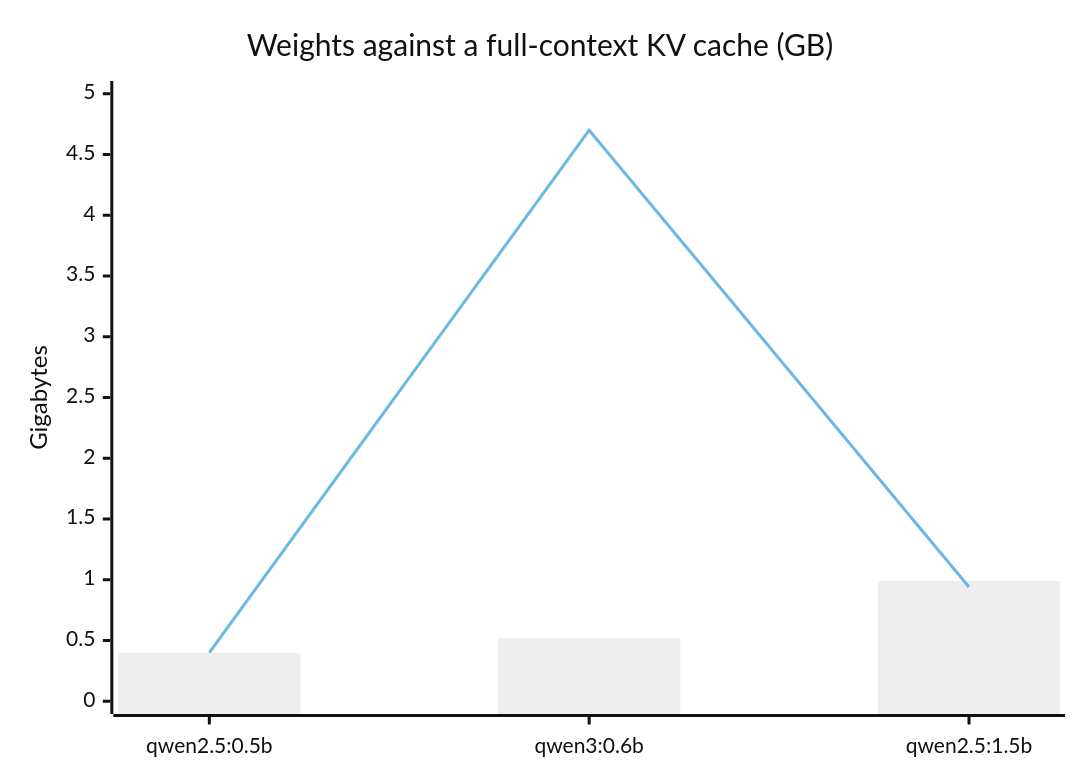
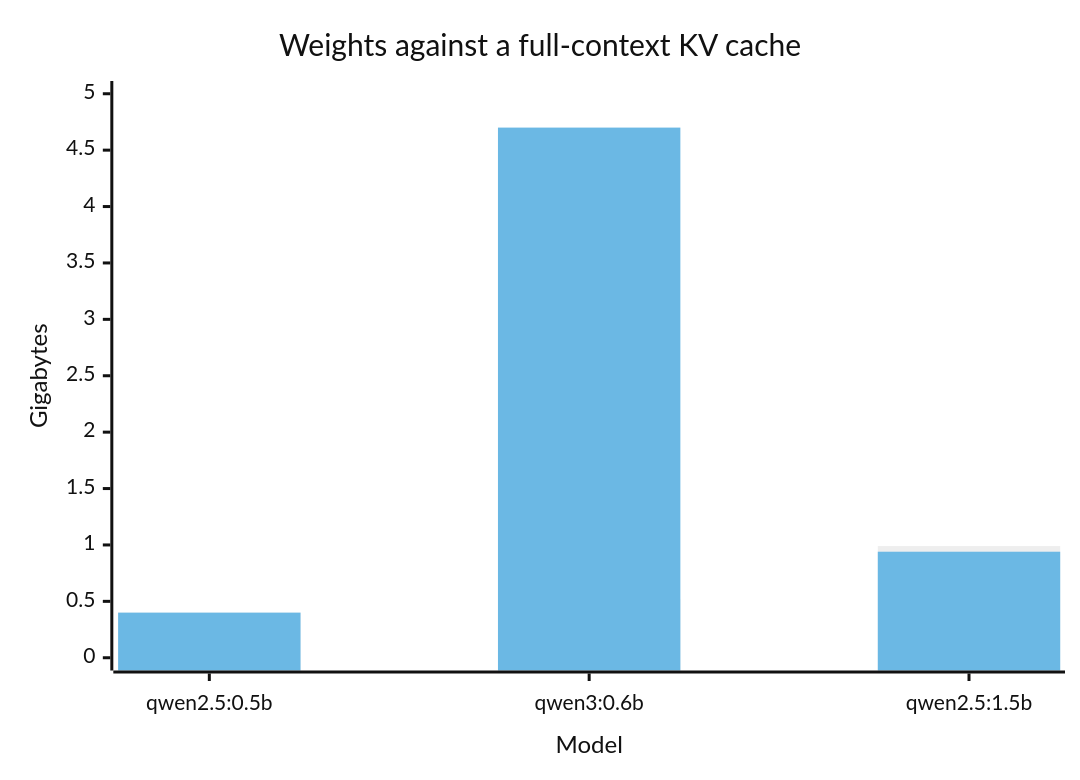
Before and after one commit to profrodai/sovereign-agent: the first of 6 diagrams in book/textbook/ch19/profrod-sovereign-agent-ch19-deployment-restoration-chapter.md, drawn with Mermaid (neutral theme). The commit also changed other lines of this file and 14 other files, not shown here.

First line of the commit message:
Make every chart readable on its own: named series, titled axes, captions that explain

````diff
--- a/book/textbook/ch19/profrod-sovereign-agent-ch19-deployment-restoration-chapter.md
+++ b/book/textbook/ch19/profrod-sovereign-agent-ch19-deployment-restoration-chapter.md
@@ -149,8 +149,8 @@
 ```mermaid
 xychart-beta
-    title "Weights against a full-context KV cache (GB)"
-    x-axis ["qwen2.5:0.5b", "qwen3:0.6b", "qwen2.5:1.5b"]
+    title "Weights against a full-context KV cache"
+    x-axis "Model" ["qwen2.5:0.5b", "qwen3:0.6b", "qwen2.5:1.5b"]
     y-axis "Gigabytes" 0 --> 5
-    bar [0.40, 0.52, 0.99]
-    line [0.40, 4.70, 0.94]
+    bar "Weights" [0.40, 0.52, 0.99]
+    bar "KV cache, one sequence at full context" [0.40, 4.70, 0.94]
 ```
````
